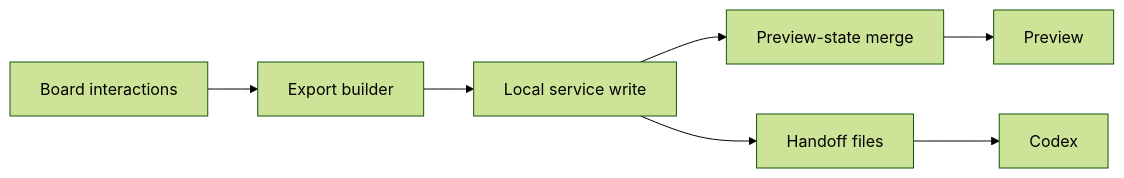
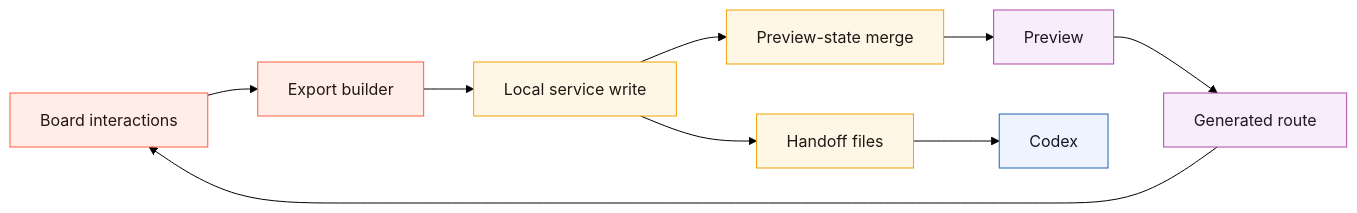
The second of 4 diagrams in docs/DEVELOPMENT.md (varshneydevansh/Canvax), drawn with Mermaid (forest theme) before and after one commit. The commit also changed other lines of this file and 24 other files, not shown here.

````diff
--- a/docs/DEVELOPMENT.md
+++ b/docs/DEVELOPMENT.md
@@ -110,9 +124,20 @@
 ```mermaid
 flowchart LR
     A[Board interactions] --> B[Export builder]
     B --> C[Local service write]
     C --> D[Preview-state merge]
     D --> E[Preview]
     C --> F[Handoff files]
     F --> G[Codex]
+    E --> H[Generated route]
+    H --> A
+
+    classDef board fill:#ffede8,stroke:#ff5d3a,color:#211815;
+    classDef service fill:#fff7e6,stroke:#f0a202,color:#211815;
+    classDef preview fill:#f7edfb,stroke:#b246a8,color:#211625;
+    classDef codex fill:#eef3ff,stroke:#2364aa,color:#101828;
+    class A,B board;
+    class C,D,F service;
+    class E,H preview;
+    class G codex;
 ```
````
